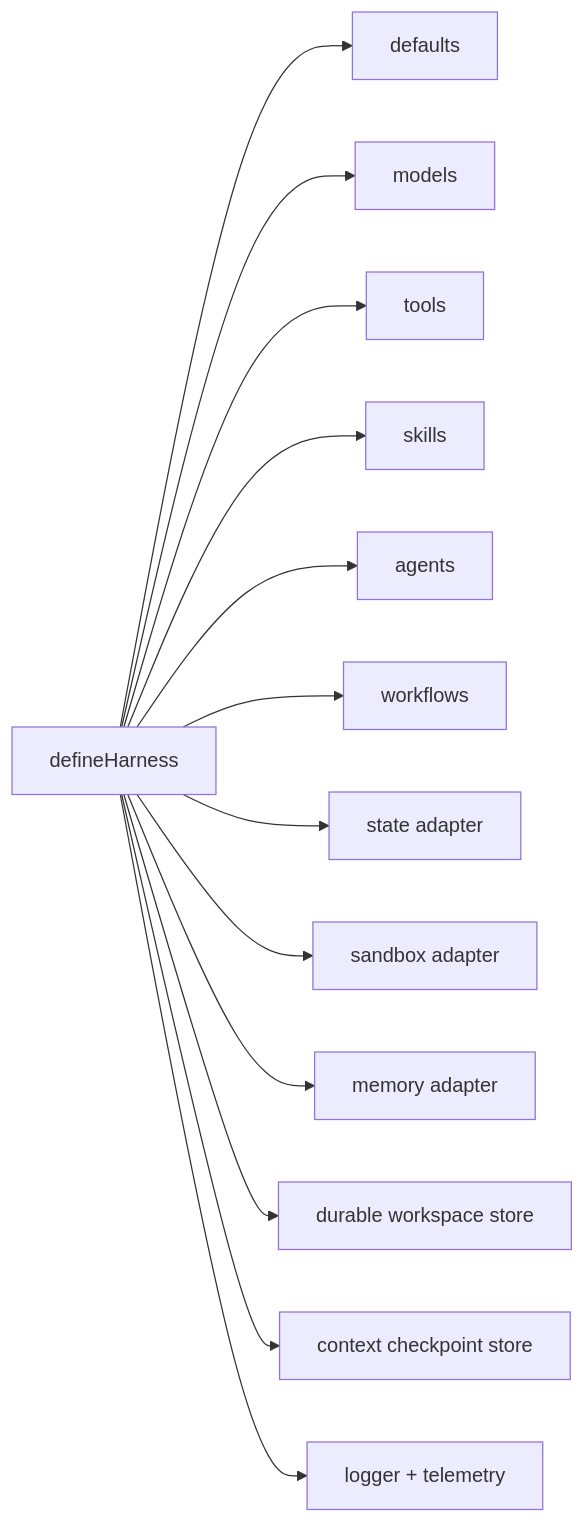
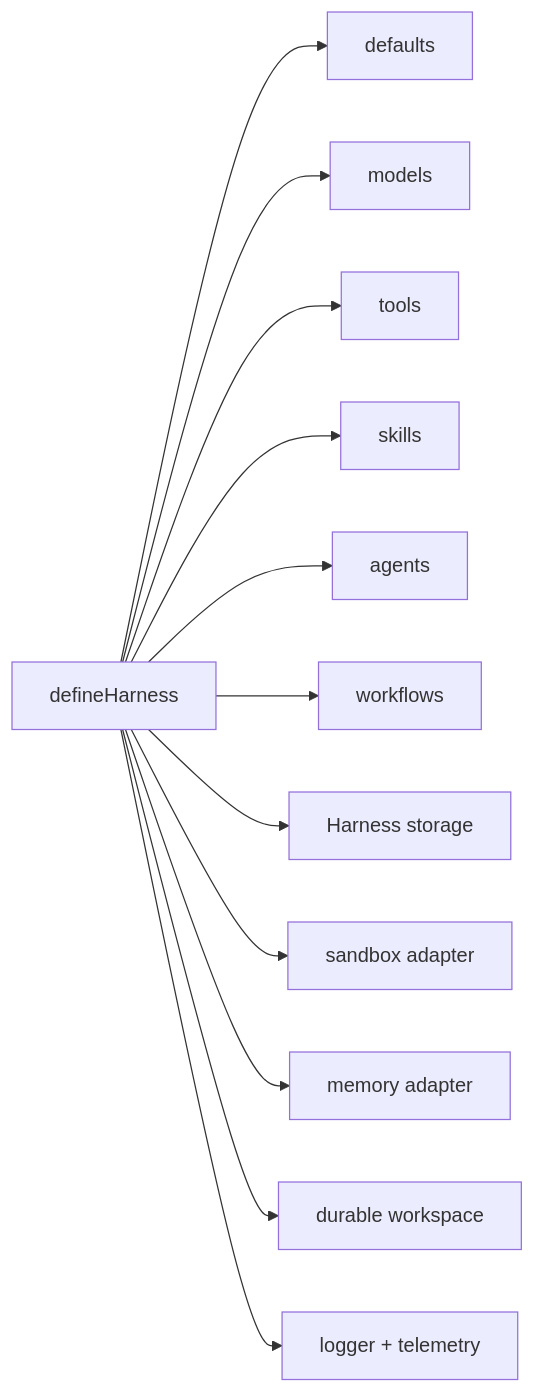
Before and after one commit to puristajs/harness: the diagram in docs/guides/configuration.md, drawn with Mermaid. The commit also changed other lines of this file and 145 other files, not shown here.

Commit message:
feat!: unify Harness storage in v3

````diff
--- a/docs/guides/configuration.md
+++ b/docs/guides/configuration.md
@@ -29,15 +29,14 @@
 ```mermaid
 flowchart LR
   Harness["defineHarness"] --> Defaults["defaults"]
   Harness --> Models["models"]
   Harness --> Tools["tools"]
   Harness --> Skills["skills"]
   Harness --> Agents["agents"]
   Harness --> Workflows["workflows"]
-  Harness --> State["state adapter"]
+  Harness --> Storage["Harness storage"]
   Harness --> Sandbox["sandbox adapter"]
   Harness --> Memory["memory adapter"]
-  Harness --> Workspace["durable workspace store"]
-  Harness --> Checkpoints["context checkpoint store"]
+  Harness --> Workspace["durable workspace"]
   Harness --> Telemetry["logger + telemetry"]
 ```
````
